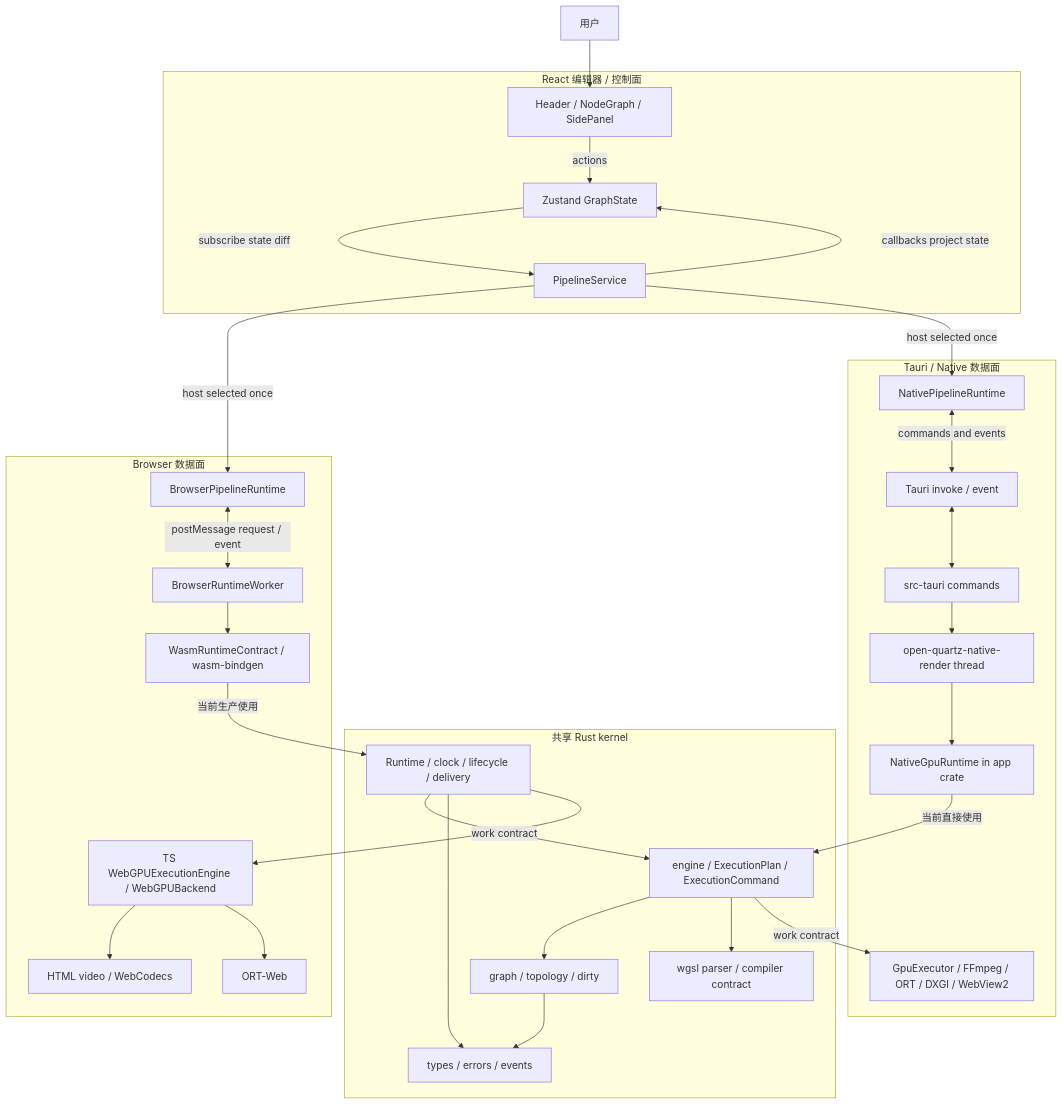
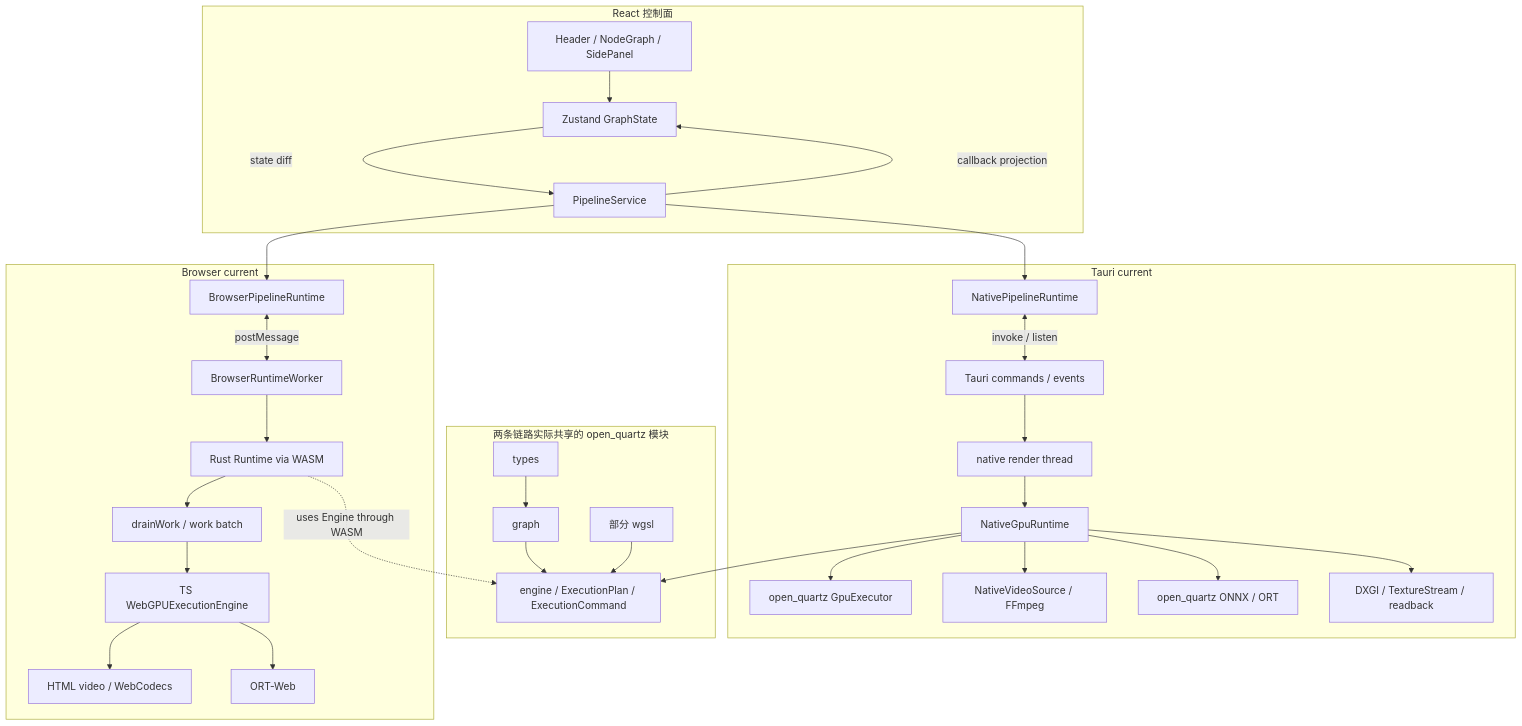
The second of 12 diagrams in docs/DESIGN.md (sanitor/open_quartz), drawn with Mermaid before and after one commit. The commit also changed other lines of this file, not shown here.

Commit message:
docs: separate target and current runtime topology
Show the symmetric shared Rust runtime target independently from the current Browser and Tauri orchestration gap.

````diff
--- a/docs/DESIGN.md
+++ b/docs/DESIGN.md
@@ -41,61 +94,57 @@
 ```mermaid
 flowchart TB
-    User[用户]
-
-    subgraph UI[React 编辑器 / 控制面]
+    subgraph UI[React 控制面]
         Components[Header / NodeGraph / SidePanel]
         Store[Zustand GraphState]
         Service[PipelineService]
-        Components -->|actions| Store
-        Store -->|subscribe state diff| Service
-        Service -->|callbacks project state| Store
+        Components --> Store
+        Store -->|state diff| Service
+        Service -->|callback projection| Store
     end
 
-    subgraph SharedRust[共享 Rust kernel]
-        Schema[types / errors / events]
-        Graph[graph / topology / dirty]
-        Wgsl[wgsl parser / compiler contract]
+    subgraph Shared[两条链路实际共享的 open_quartz 模块]
+        Types[types]
+        Graph[graph]
+        Wgsl[部分 wgsl]
         Engine[engine / ExecutionPlan / ExecutionCommand]
-        Runtime[Runtime / clock / lifecycle / delivery]
-        Graph --> Schema
-        Engine --> Graph
-        Engine --> Wgsl
-        Runtime --> Engine
-        Runtime --> Schema
+        Types --> Graph
+        Graph --> Engine
+        Wgsl --> Engine
     end
 
-    subgraph Browser[Browser 数据面]
-        BrowserAdapter[BrowserPipelineRuntime]
+    subgraph Browser[Browser current]
+        BAdapter[BrowserPipelineRuntime]
         Worker[BrowserRuntimeWorker]
-        WasmBinding[WasmRuntimeContract / wasm-bindgen]
-        BrowserHost[TS WebGPUExecutionEngine / WebGPUBackend]
-        BrowserMedia[HTML video / WebCodecs]
-        BrowserOnnx[ORT-Web]
-
-        BrowserAdapter <-->|postMessage request / event| Worker
-        Worker --> WasmBinding
-        WasmBinding -->|当前生产使用| Runtime
-        Runtime -->|work contract| BrowserHost
-        BrowserHost --> BrowserMedia
-        BrowserHost --> BrowserOnnx
+        BRuntime[Rust Runtime via WASM]
+        BWork[drainWork / work batch]
+        BHost[TS WebGPUExecutionEngine]
+        BMedia[HTML video / WebCodecs]
+        BOnnx[ORT-Web]
+        BAdapter <-->|postMessage| Worker
+        Worker --> BRuntime --> BWork --> BHost
+        BHost --> BMedia
+        BHost --> BOnnx
     end
 
-    subgraph Native[Tauri / Native 数据面]
-        NativeAdapter[NativePipelineRuntime]
-        Ipc[Tauri invoke / event]
-        Shell[src-tauri commands]
-        NativeWorker[open-quartz-native-render thread]
-        NativeFacade[NativeGpuRuntime in app crate]
-        NativeHost[GpuExecutor / FFmpeg / ORT / DXGI / WebView2]
-
-        NativeAdapter <-->|commands and events| Ipc
-        Ipc <--> Shell
-        Shell --> NativeWorker --> NativeFacade
-        NativeFacade -->|当前直接使用| Engine
-        Engine -->|work contract| NativeHost
+    subgraph Native[Tauri current]
+        NAdapter[NativePipelineRuntime]
+        Tauri[Tauri commands / events]
+        NThread[native render thread]
+        NRuntime[NativeGpuRuntime]
+        NGpu[open_quartz GpuExecutor]
+        NMedia[NativeVideoSource / FFmpeg]
+        NOnnx[open_quartz ONNX / ORT]
+        NPresent[DXGI / TextureStream / readback]
+        NAdapter <-->|invoke / listen| Tauri
+        Tauri --> NThread --> NRuntime
+        NRuntime --> Engine
+        NRuntime --> NGpu
+        NRuntime --> NMedia
+        NRuntime --> NOnnx
+        NRuntime --> NPresent
     end
 
-    User --> Components
-    Service -->|host selected once| BrowserAdapter
-    Service -->|host selected once| NativeAdapter
+    Service --> BAdapter
+    Service --> NAdapter
+    BRuntime -. uses Engine through WASM .-> Engine
 ```
````
